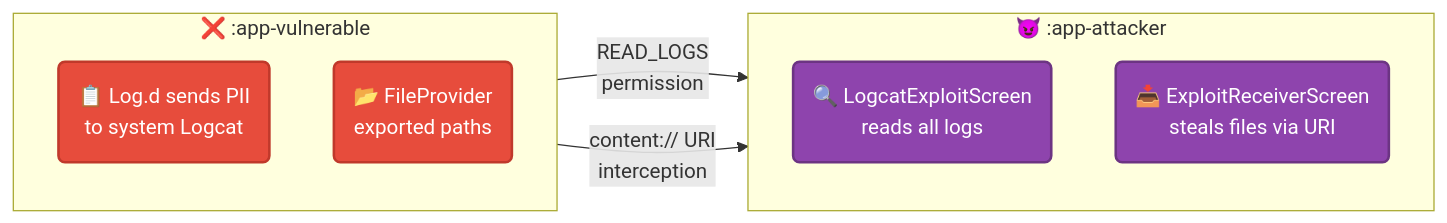
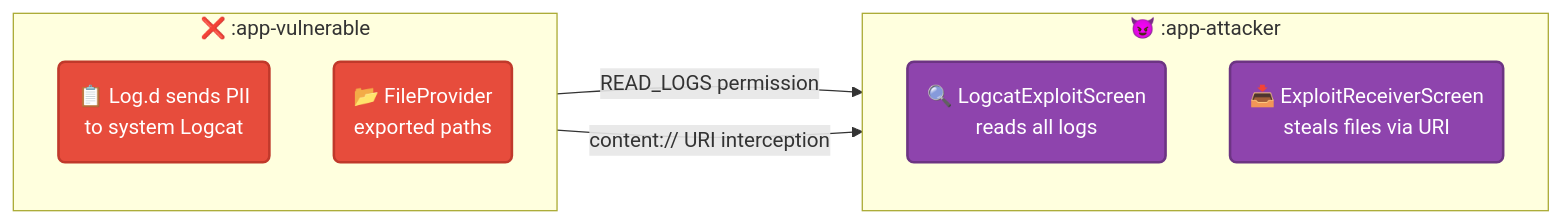
Before and after one commit to Hasan-Tuncay/Android-Security-Masterclass: the second of 2 diagrams in README.md, drawn with Mermaid. The commit also changed other lines of this file, not shown here.

Commit message:
docs: rewrite README for the new 78-module architecture and MkDocs integration

````diff
--- a/README.md
+++ b/README.md
@@ -186,23 +119,23 @@
 ```mermaid
 graph LR
     subgraph VICTIM ["❌ :app-vulnerable"]
         direction TB
         LOG("📋 Log.d sends PII<br/>to system Logcat")
         FP("📂 FileProvider<br/>exported paths")
     end
 
     subgraph MALWARE ["😈 :app-attacker"]
         direction TB
         LE("🔍 LogcatExploitScreen<br/>reads all logs")
         ER("📥 ExploitReceiverScreen<br/>steals files via URI")
     end
 
-    LOG -- "READ_LOGS<br/>permission" --> LE
-    FP -- "content:// URI<br/>interception" --> ER
+    LOG -- "READ_LOGS permission" --> LE
+    FP -- "content:// URI interception" --> ER
 
     classDef victim fill:#E74C3C,stroke:#C0392B,color:#fff,stroke-width:2px
     classDef malware fill:#8E44AD,stroke:#6C3483,color:#fff,stroke-width:2px
 
     class LOG,FP victim
     class LE,ER malware
 ```
````
